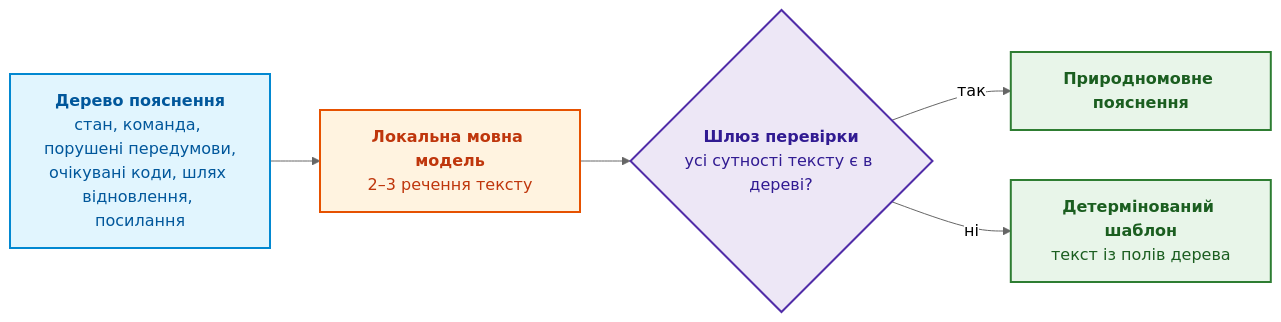
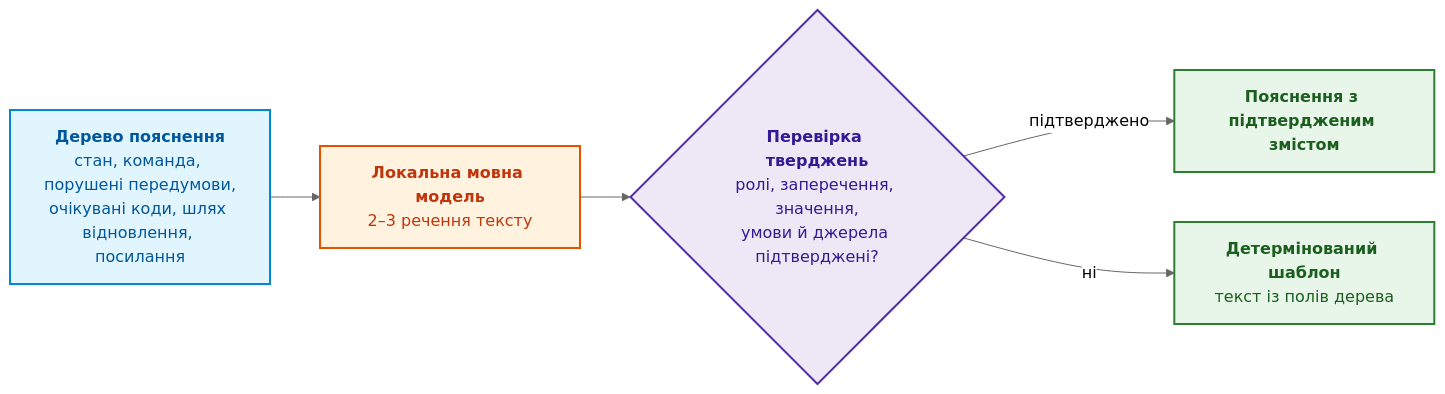
One commit to nick-fedchik/articles changed the sixth of 6 diagrams in ExpertSystem/ch20-explanation-engine.md. Above: the diagram before and after it, drawn with Mermaid (neutral theme). The commit also changed other lines of this file and 16 other files, not shown here.

````diff
--- a/ExpertSystem/ch20-explanation-engine.md
+++ b/ExpertSystem/ch20-explanation-engine.md
@@ -429,20 +501,20 @@
 ```mermaid
 flowchart LR
     accTitle: Синтез природномовного пояснення поверх перевіреного дерева
     accDescr: Детерміноване дерево пояснення передається локальній мовній моделі, текст моделі перевіряє шлюз, і за будь-якої розбіжності користувач отримує детермінований шаблон.
 
     Tree["<b>Дерево пояснення</b><br/>стан, команда, порушені передумови,<br/>очікувані коди, шлях відновлення, посилання"] --> SLM["<b>Локальна мовна модель</b><br/>2–3 речення тексту"]
-    SLM --> Gate{"<b>Шлюз перевірки</b><br/>усі сутності тексту є в дереві?"}
-    Gate -->|так| NL["<b>Природномовне пояснення</b>"]
+    SLM --> Gate{"<b>Перевірка тверджень</b><br/>ролі, заперечення, значення,<br/>умови й джерела підтверджені?"}
+    Gate -->|підтверджено| NL["<b>Пояснення з підтвердженим змістом</b>"]
     Gate -->|ні| Fallback["<b>Детермінований шаблон</b><br/>текст із полів дерева"]
 
     classDef dt fill:#e1f5fe,stroke:#0288d1,stroke-width:2px,color:#01579b;
     classDef ai fill:#fff3e0,stroke:#e65100,stroke-width:2px,color:#bf360c;
     classDef gate fill:#ede7f6,stroke:#512da8,stroke-width:2px,color:#311b92;
     classDef out fill:#e8f5e9,stroke:#2e7d32,stroke-width:2px,color:#1b5e20;
 
     class Tree dt;
     class SLM ai;
     class Gate gate;
     class NL,Fallback out;
 ```
````
